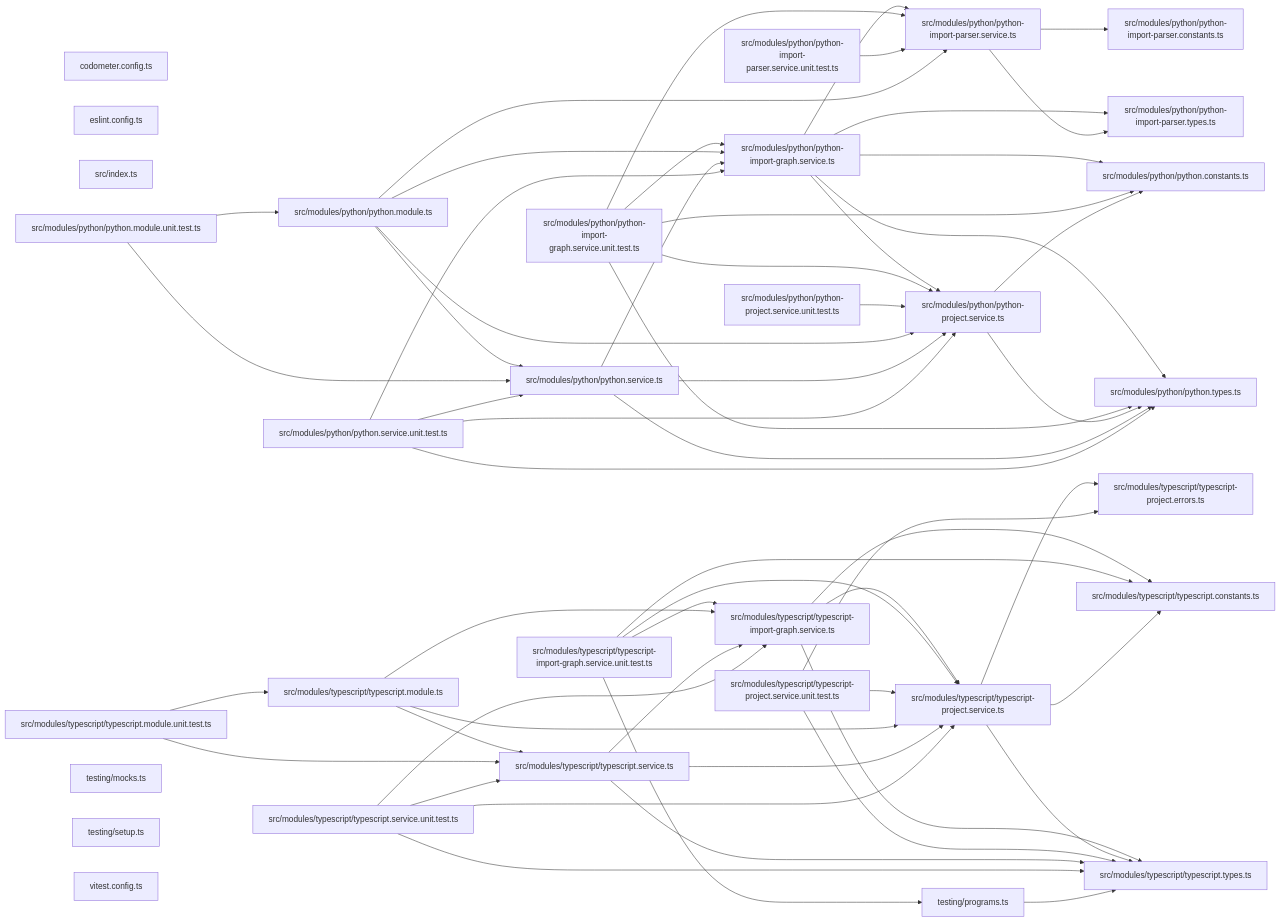
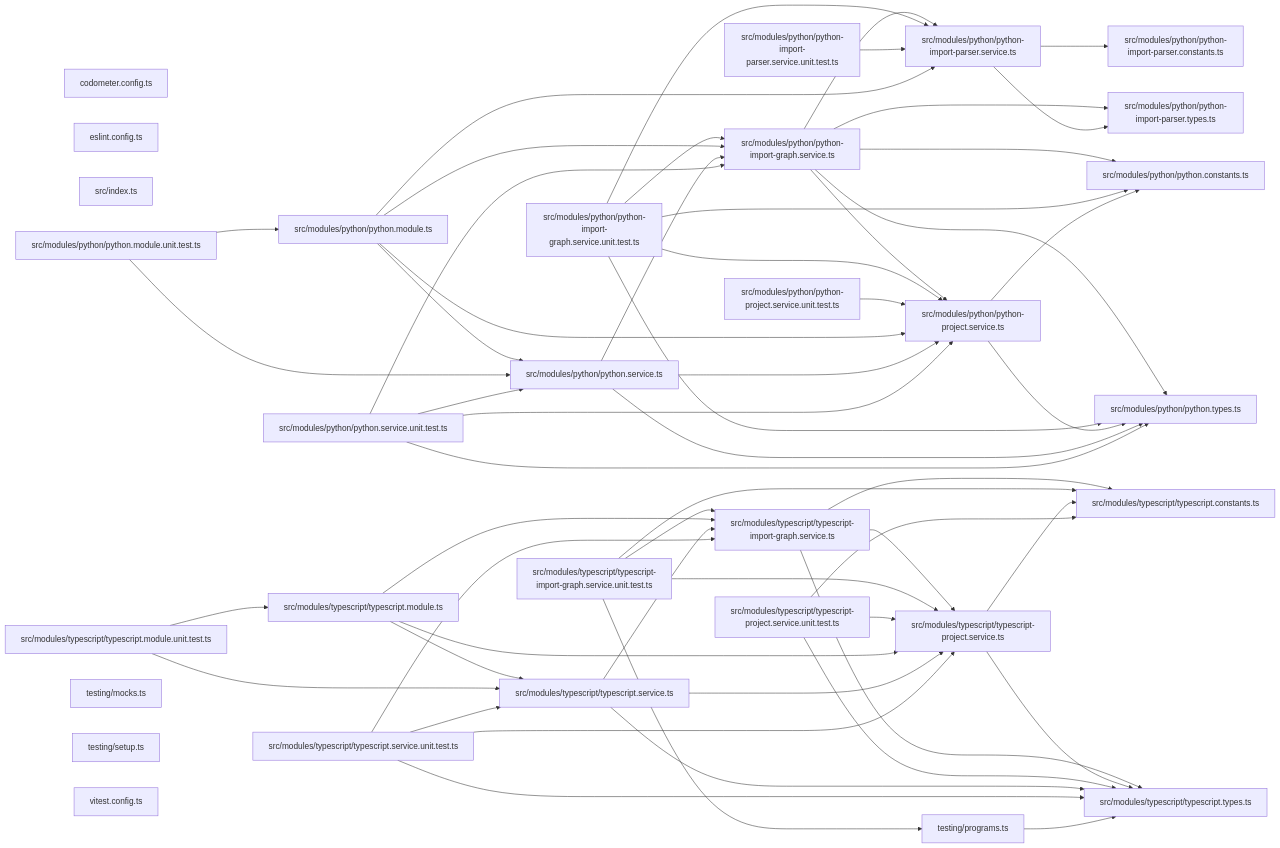
One commit to JimmyPaolini/codebase changed the third of 3 diagrams in packages/codependix-imports/README.md. Above: the diagram before and after it, drawn with Mermaid. The commit also changed other lines of this file and 49 other files, not shown here.

```diff
--- a/packages/codependix-imports/README.md
+++ b/packages/codependix-imports/README.md
@@ -57,7 +57,6 @@
   file_src_modules_python_python_types_ts["src/modules/python/python.types.ts"]
   file_src_modules_typescript_typescript_import_graph_service_ts["src/modules/typescript/typescript-import-graph.service.ts"]
   file_src_modules_typescript_typescript_import_graph_service_unit_test_ts["src/modules/typescript/typescript-import-graph.service.unit.test.ts"]
-  file_src_modules_typescript_typescript_project_errors_ts["src/modules/typescript/typescript-project.errors.ts"]
   file_src_modules_typescript_typescript_project_service_ts["src/modules/typescript/typescript-project.service.ts"]
   file_src_modules_typescript_typescript_project_service_unit_test_ts["src/modules/typescript/typescript-project.service.unit.test.ts"]
   file_src_modules_typescript_typescript_constants_ts["src/modules/typescript/typescript.constants.ts"]
@@ -106,11 +105,10 @@
   file_src_modules_typescript_typescript_import_graph_service_unit_test_ts --> file_src_modules_typescript_typescript_project_service_ts
   file_src_modules_typescript_typescript_import_graph_service_unit_test_ts --> file_src_modules_typescript_typescript_constants_ts
   file_src_modules_typescript_typescript_import_graph_service_unit_test_ts --> file_testing_programs_ts
-  file_src_modules_typescript_typescript_project_service_ts --> file_src_modules_typescript_typescript_project_errors_ts
   file_src_modules_typescript_typescript_project_service_ts --> file_src_modules_typescript_typescript_constants_ts
   file_src_modules_typescript_typescript_project_service_ts --> file_src_modules_typescript_typescript_types_ts
-  file_src_modules_typescript_typescript_project_service_unit_test_ts --> file_src_modules_typescript_typescript_project_errors_ts
   file_src_modules_typescript_typescript_project_service_unit_test_ts --> file_src_modules_typescript_typescript_project_service_ts
+  file_src_modules_typescript_typescript_project_service_unit_test_ts --> file_src_modules_typescript_typescript_constants_ts
   file_src_modules_typescript_typescript_project_service_unit_test_ts --> file_src_modules_typescript_typescript_types_ts
   file_src_modules_typescript_typescript_module_ts --> file_src_modules_typescript_typescript_import_graph_service_ts
   file_src_modules_typescript_typescript_module_ts --> file_src_modules_typescript_typescript_project_service_ts
```
